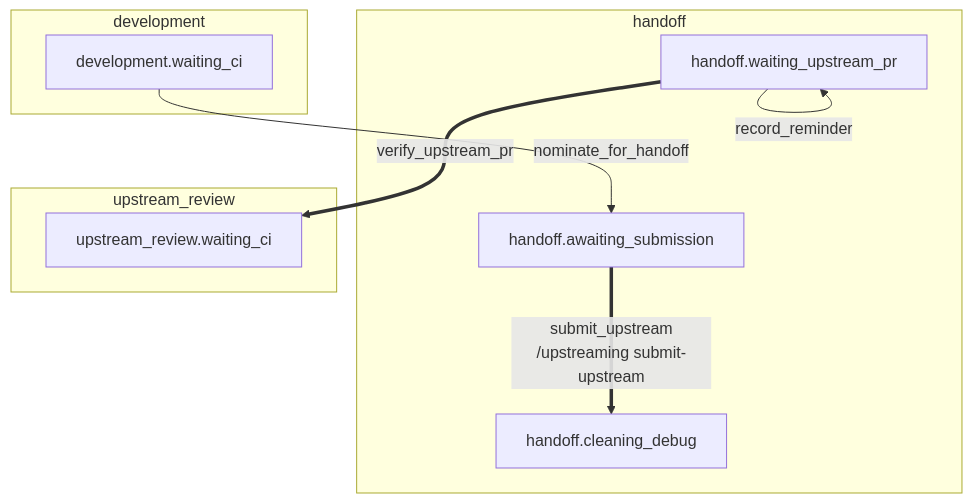
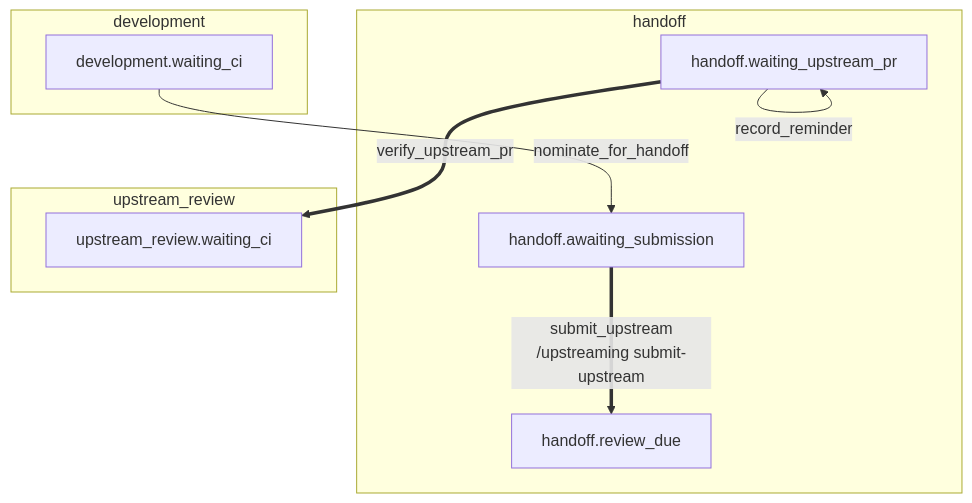
Before and after one commit to riseproject-dev/porting-agent: the fourth of 60 diagrams in docs/state-machine/decisions.md, drawn with Mermaid. The commit also changed other lines of this file and 55 other files, not shown here.

````diff
--- a/docs/state-machine/decisions.md
+++ b/docs/state-machine/decisions.md
@@ -110,19 +110,19 @@
 ```mermaid
 flowchart TB
     subgraph development["development"]
         development_waiting_ci["development.waiting_ci"]
     end
     subgraph handoff["handoff"]
         handoff_awaiting_submission["handoff.awaiting_submission"]
-        handoff_cleaning_debug["handoff.cleaning_debug"]
+        handoff_review_due["handoff.review_due"]
         handoff_waiting_upstream_pr["handoff.waiting_upstream_pr"]
     end
     subgraph upstream_review["upstream_review"]
         upstream_waiting_ci["upstream_review.waiting_ci"]
     end
 
     development_waiting_ci -->|nominate_for_handoff| handoff_awaiting_submission
-    handoff_awaiting_submission ==>|submit_upstream<br/>/upstreaming submit-upstream| handoff_cleaning_debug
+    handoff_awaiting_submission ==>|submit_upstream<br/>/upstreaming submit-upstream| handoff_review_due
     handoff_waiting_upstream_pr -->|record_reminder| handoff_waiting_upstream_pr
     handoff_waiting_upstream_pr ==>|verify_upstream_pr| upstream_waiting_ci
 ```
````
